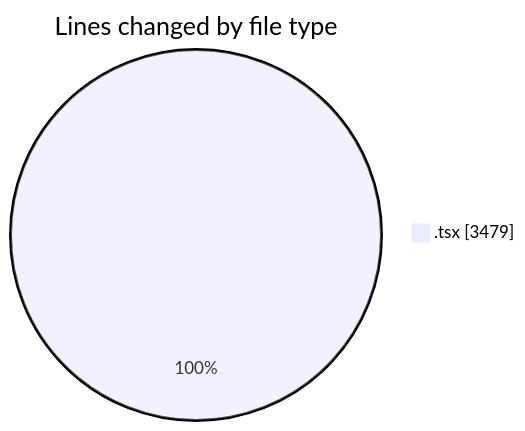
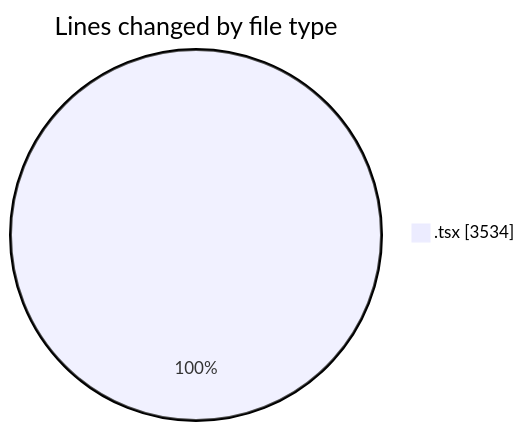
Before and after one commit to nxtqubesakshisongat/code-tracking: the first of 2 diagrams in 2026-06-18/nxtqube_webapp/README.md, drawn with Mermaid. The commit also changed other lines of this file and 1 other file, not shown here.

````diff
--- a/2026-06-18/nxtqube_webapp/README.md
+++ b/2026-06-18/nxtqube_webapp/README.md
@@ -20,5 +20,5 @@
 ```mermaid
 pie showData
 title Lines changed by file type
-".tsx" : 3479
+".tsx" : 3534
 ```
````
